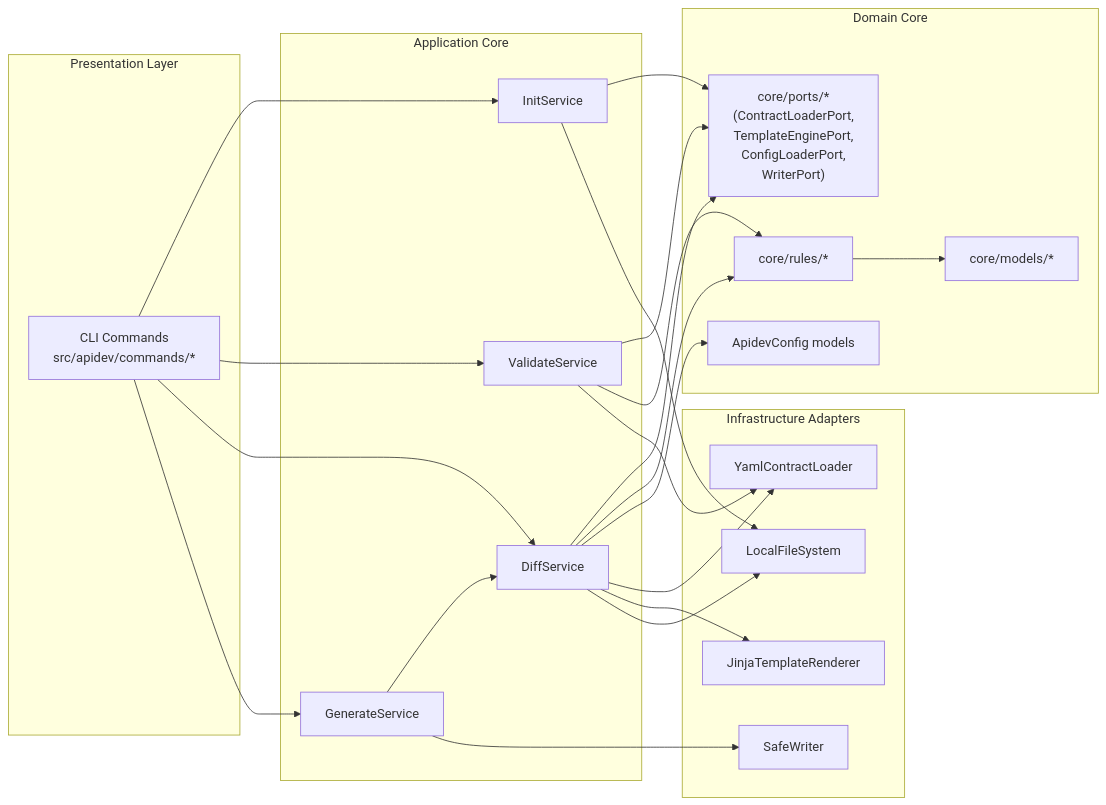
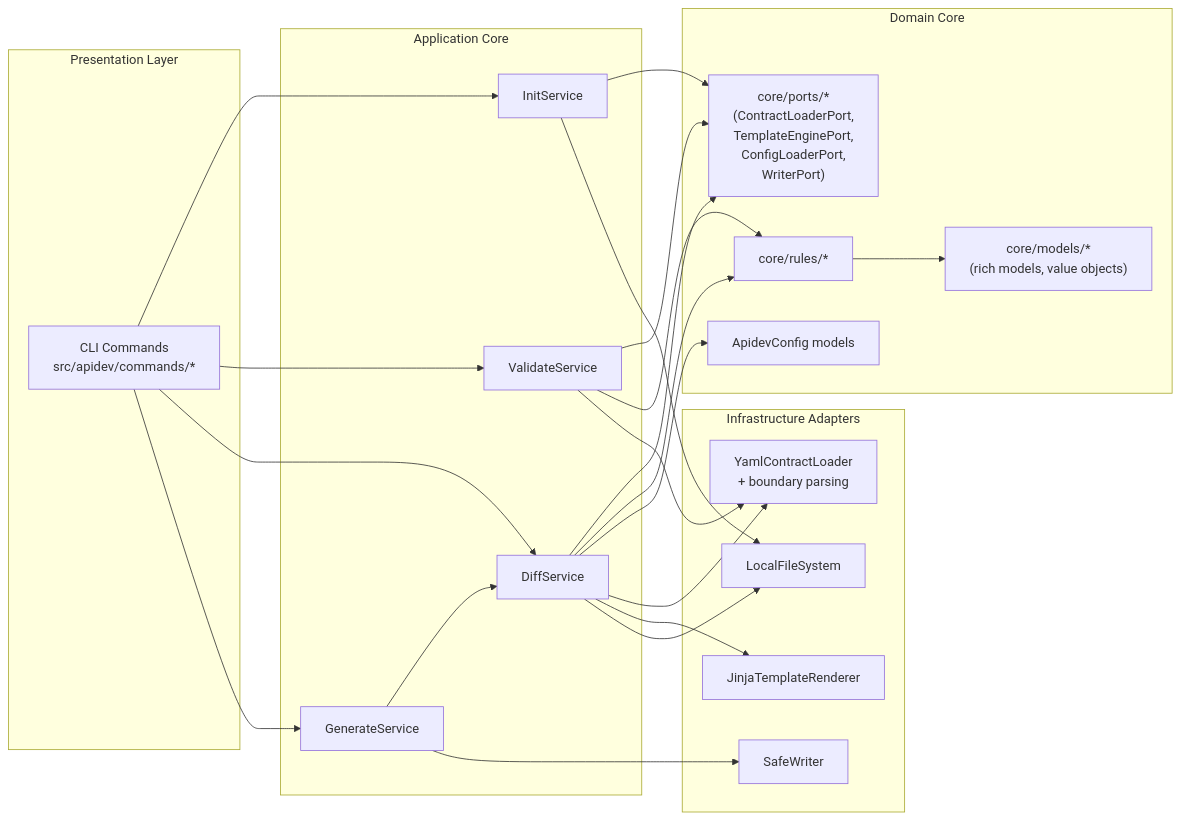
Before and after one commit to alexey-gladilin/apidev: the diagram in docs/architecture/c4-components.md, drawn with Mermaid. The commit also changed other lines of this file and 31 other files, not shown here.

````diff
--- a/docs/architecture/c4-components.md
+++ b/docs/architecture/c4-components.md
@@ -9,49 +9,49 @@
 ```mermaid
 flowchart LR
     subgraph Presentation["Presentation Layer"]
         CLI["CLI Commands\nsrc/apidev/commands/*"]
     end
 
     subgraph AppCore["Application Core"]
         INIT["InitService"]
         VAL["ValidateService"]
         DIFF["DiffService"]
         GEN["GenerateService"]
     end
 
     subgraph Domain["Domain Core"]
-        MODELS["core/models/*"]
+        MODELS["core/models/*\n(rich models, value objects)"]
         RULES["core/rules/*"]
         PORTS["core/ports/*\n(ContractLoaderPort,\nTemplateEnginePort,\nConfigLoaderPort,\nWriterPort)"]
         CFG["ApidevConfig models"]
     end
 
     subgraph Infra["Infrastructure Adapters"]
-        YAML["YamlContractLoader"]
+        YAML["YamlContractLoader\n+ boundary parsing"]
         J2["JinjaTemplateRenderer"]
         LFS["LocalFileSystem"]
         WR["SafeWriter"]
     end
 
     CLI --> INIT
     CLI --> VAL
     CLI --> DIFF
     CLI --> GEN
 
     INIT --> PORTS
     VAL --> PORTS
     VAL --> RULES
     DIFF --> PORTS
     DIFF --> RULES
     DIFF --> CFG
     GEN --> DIFF
 
     INIT --> LFS
     VAL --> YAML
     DIFF --> YAML
     DIFF --> J2
     DIFF --> LFS
     GEN --> WR
 
     RULES --> MODELS
 ```
````
